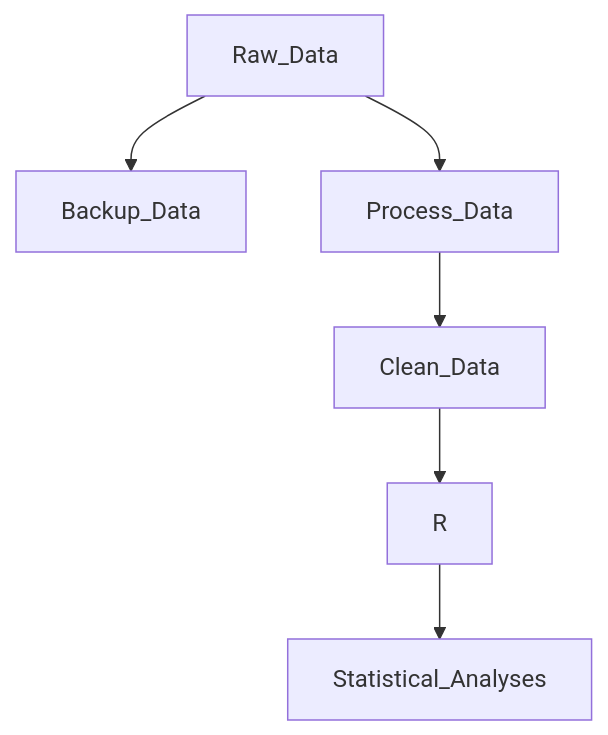
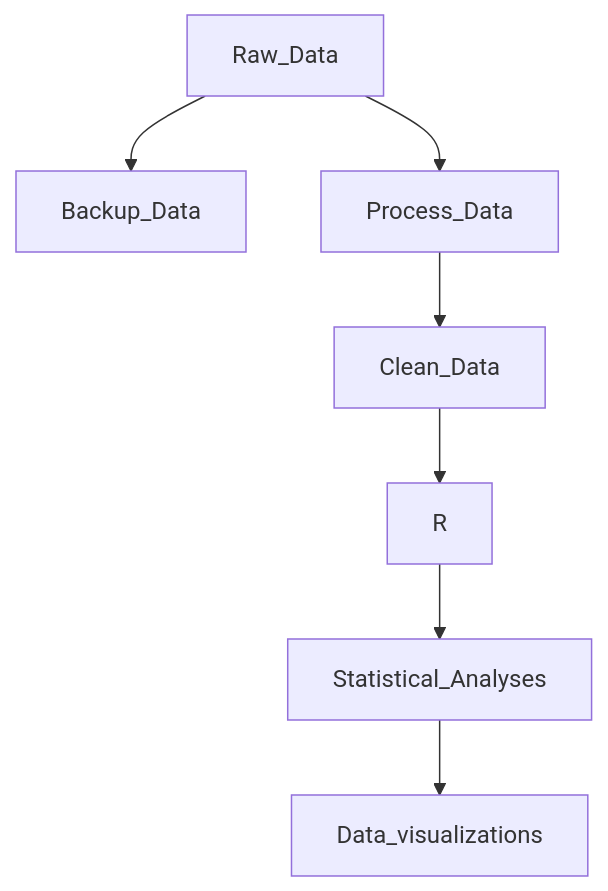
The diagram in README.md (aptejada/Mermaid-Markdown-Practice-File), drawn with Mermaid before and after one commit.

````diff
--- a/README.md
+++ b/README.md
@@ -13,8 +13,9 @@
   ```mermaid
   graph TD;
   Raw_Data-->Backup_Data;
   Raw_Data-->Process_Data;
   Process_Data-->Clean_Data;
   Clean_Data-->R;
   R-->Statistical_Analyses;
+  Statistical_Analyses-->Data_visualizations;
   ```
````
